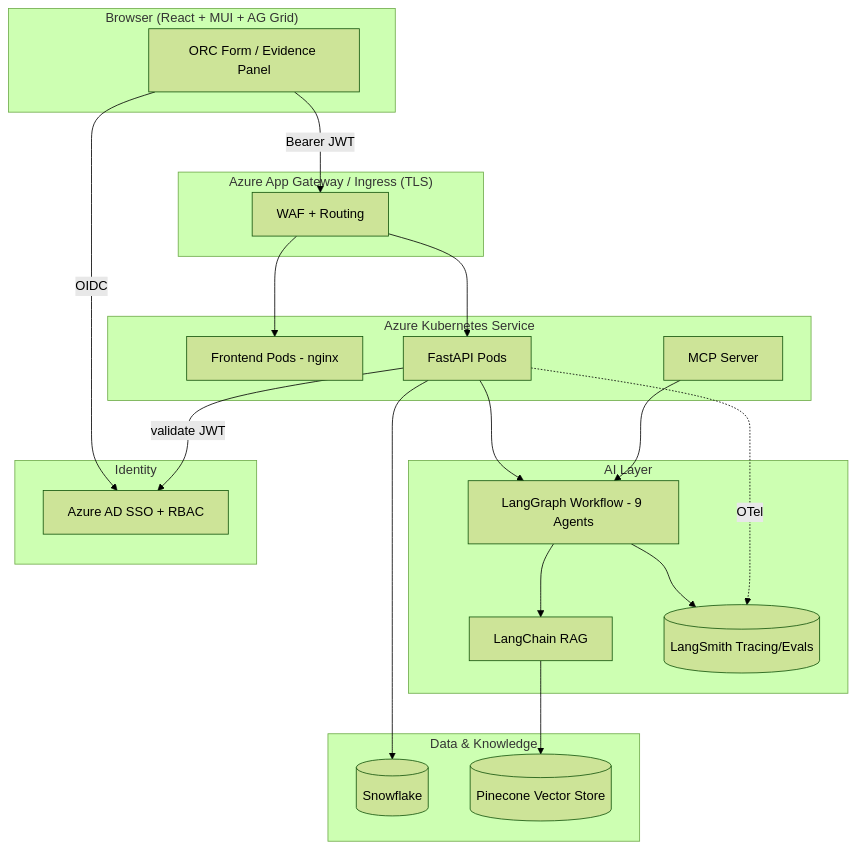
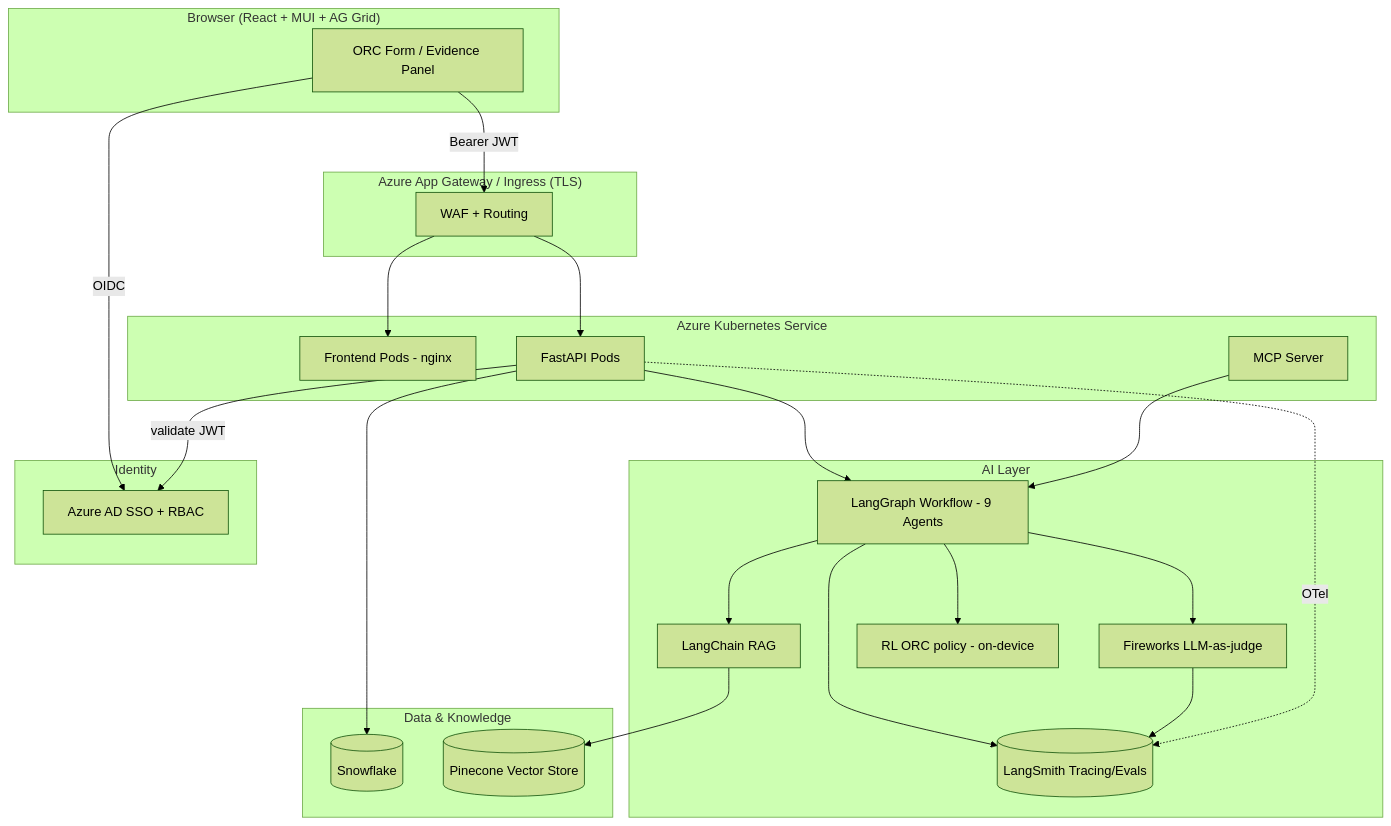
One commit to flower16/Vid_GenAI_1 changed the first of 7 diagrams in GenAI Week 4 project/fdic-part370-platform/docs/architecture.md. Above: the diagram before and after it, drawn with Mermaid (forest theme). The commit also changed other lines of this file and 2 other files, not shown here.

First line of the commit message:
docs: clarify integration status + fine-tuning across README/WALKTHROUGH/architecture

````diff
--- a/GenAI Week 4 project/fdic-part370-platform/docs/architecture.md
+++ b/GenAI Week 4 project/fdic-part370-platform/docs/architecture.md
@@ -7,42 +7,47 @@
 ```mermaid
 flowchart TB
   subgraph Client["Browser (React + MUI + AG Grid)"]
     UI[ORC Form / Evidence Panel]
   end
 
   subgraph Edge["Azure App Gateway / Ingress (TLS)"]
     AGW[WAF + Routing]
   end
 
   subgraph AKS["Azure Kubernetes Service"]
     FE[Frontend Pods - nginx]
     API[FastAPI Pods]
     MCP[MCP Server]
   end
 
   subgraph AI["AI Layer"]
     LG[LangGraph Workflow - 9 Agents]
     LC[LangChain RAG]
     LS[(LangSmith Tracing/Evals)]
+    FW[Fireworks LLM-as-judge]
+    RL[RL ORC policy - on-device]
   end
 
   subgraph Data["Data & Knowledge"]
     SF[(Snowflake)]
     PC[(Pinecone Vector Store)]
   end
 
   subgraph Identity
     AAD[Azure AD SSO + RBAC]
   end
 
   UI -->|OIDC| AAD
   UI -->|Bearer JWT| AGW --> FE
   AGW --> API
   API -->|validate JWT| AAD
   API --> LG
   LG --> LC --> PC
   LG --> LS
+  LG --> RL
+  LG --> FW
+  FW --> LS
   API --> SF
   MCP --> LG
   API -. OTel .-> LS
 ```
````
